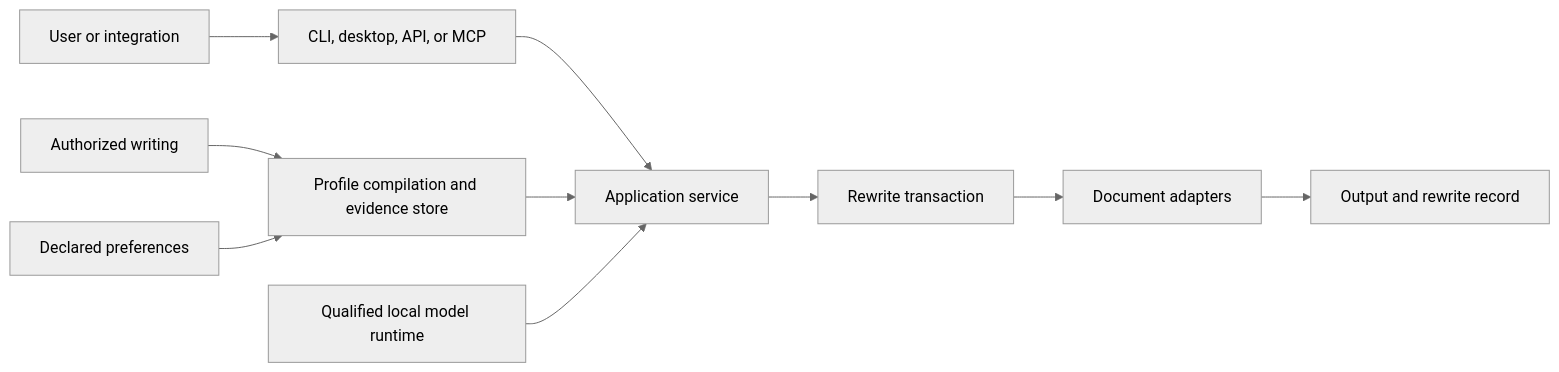
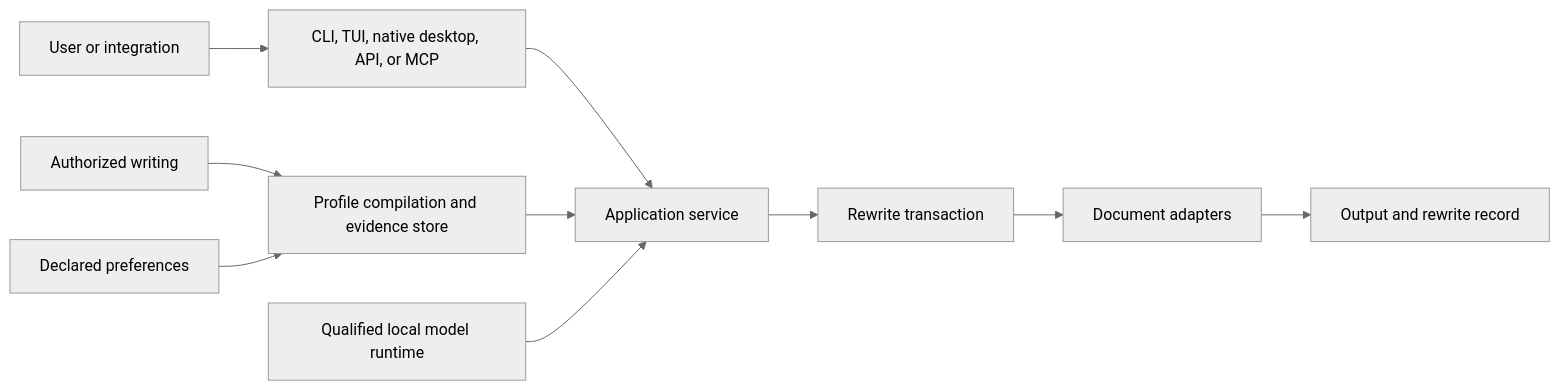
One commit to blisspixel/retonr changed the first of 3 diagrams in docs/architecture.md. Above: the diagram before and after it, drawn with Mermaid (neutral theme). The commit also changed other lines of this file and 142 other files, not shown here.

````diff
--- a/docs/architecture.md
+++ b/docs/architecture.md
@@ -53,12 +53,12 @@
 ```mermaid
 flowchart LR
     Writing["Authorized writing"] --> Profiles["Profile compilation and evidence store"]
     Preferences["Declared preferences"] --> Profiles
-    User["User or integration"] --> Interfaces["CLI, desktop, API, or MCP"]
+    User["User or integration"] --> Interfaces["CLI, TUI, native desktop, API, or MCP"]
     Interfaces --> Service["Application service"]
     Profiles --> Service
     Runtime["Qualified local model runtime"] --> Service
     Service --> Transaction["Rewrite transaction"]
     Transaction --> Adapters["Document adapters"]
     Adapters --> Result["Output and rewrite record"]
 ```
````
